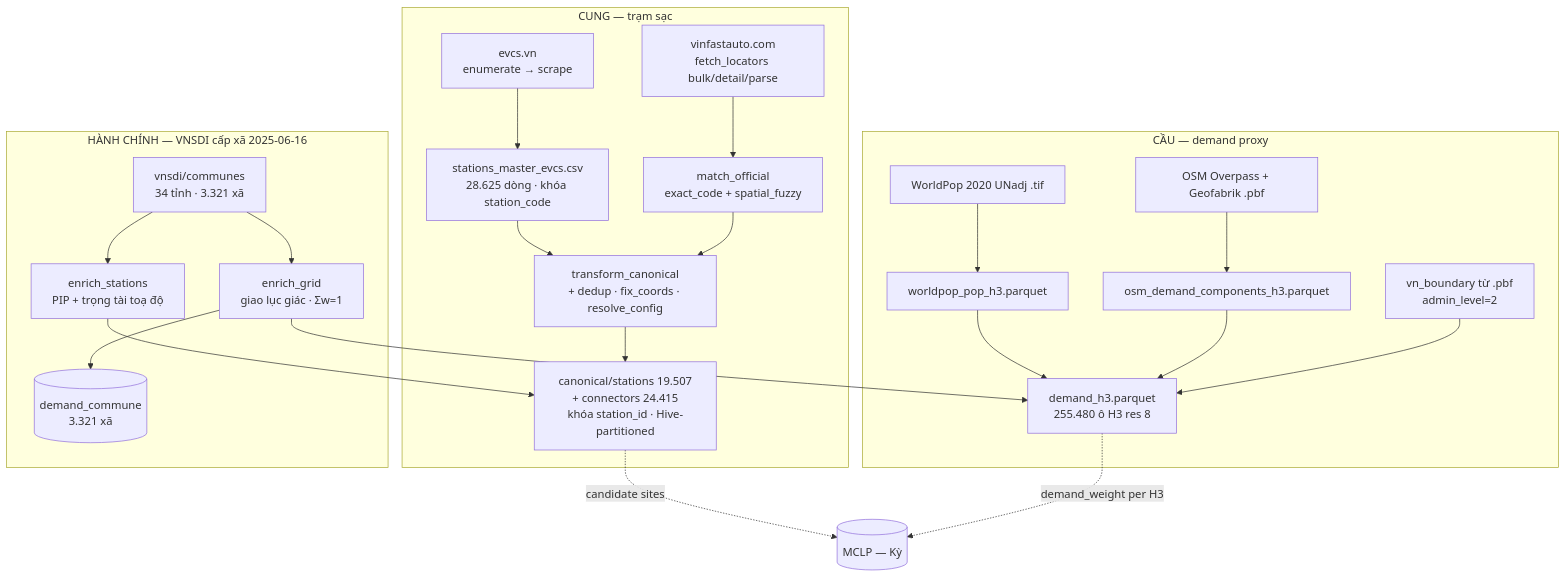
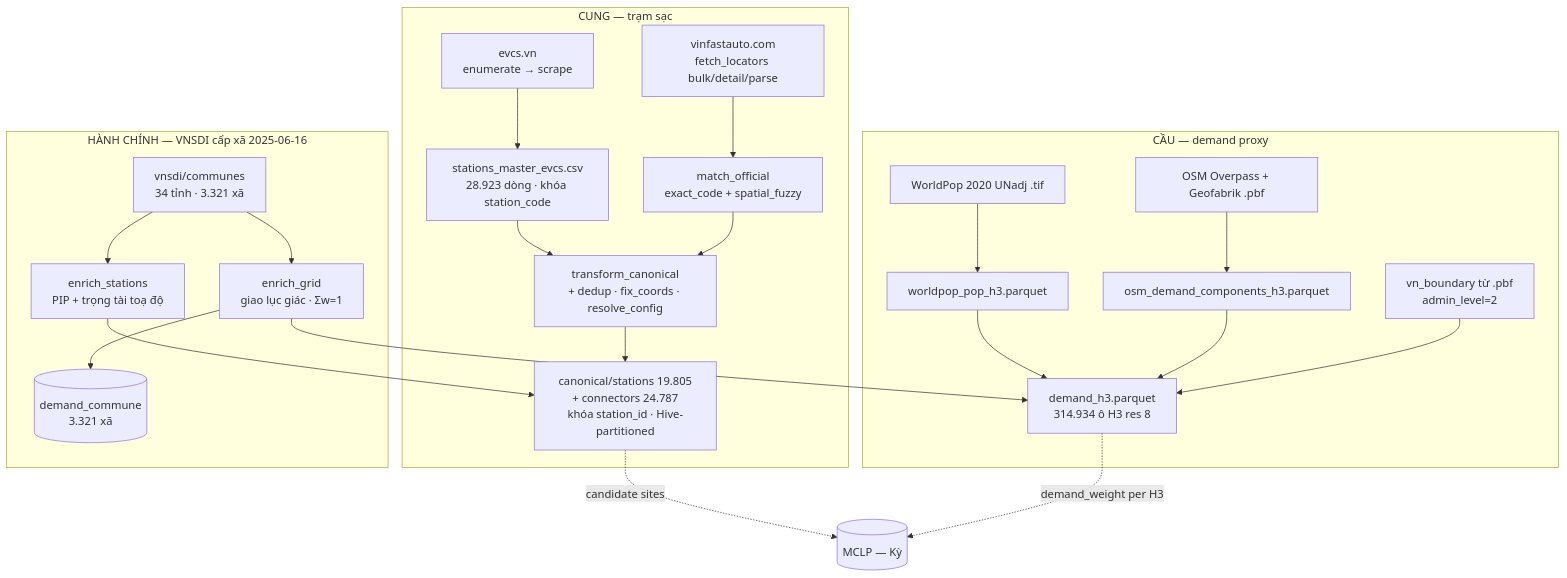
One commit to giangnt306/vgreen-charging-siting changed the diagram in docs/data-layer/overview.md. Above: the diagram before and after it, drawn with Mermaid. The commit also changed other lines of this file and 4 other files, not shown here.

````diff
--- a/docs/data-layer/overview.md
+++ b/docs/data-layer/overview.md
@@ -33,26 +33,26 @@
 ```mermaid
 flowchart TD
     subgraph SUPPLY["CUNG — trạm sạc"]
-        E1[evcs.vn<br/>enumerate → scrape] --> E2[stations_master_evcs.csv<br/>28.625 dòng · khóa station_code]
+        E1[evcs.vn<br/>enumerate → scrape] --> E2[stations_master_evcs.csv<br/>28.923 dòng · khóa station_code]
         E2 --> E3[transform_canonical<br/>+ dedup · fix_coords · resolve_config]
         VF[vinfastauto.com<br/>fetch_locators bulk/detail/parse] --> XR[match_official<br/>exact_code + spatial_fuzzy]
         XR --> E3
-        E3 --> CAN[canonical/stations 19.507<br/>+ connectors 24.415<br/>khóa station_id · Hive-partitioned]
+        E3 --> CAN[canonical/stations 19.805<br/>+ connectors 24.787<br/>khóa station_id · Hive-partitioned]
     end
     subgraph DEMAND["CẦU — demand proxy"]
         WP[WorldPop 2020 UNadj .tif] --> WPH[worldpop_pop_h3.parquet]
         OSM[OSM Overpass + Geofabrik .pbf] --> OSMH[osm_demand_components_h3.parquet]
-        WPH --> DH[demand_h3.parquet<br/>255.480 ô H3 res 8]
+        WPH --> DH[demand_h3.parquet<br/>314.934 ô H3 res 8]
         OSMH --> DH
         VN[vn_boundary từ .pbf<br/>admin_level=2] --> DH
     end
     subgraph ADMIN["HÀNH CHÍNH — VNSDI cấp xã 2025-06-16"]
         VNSDI[vnsdi/communes<br/>34 tỉnh · 3.321 xã] --> AS[enrich_stations<br/>PIP + trọng tài toạ độ]
         VNSDI --> AG[enrich_grid<br/>giao lục giác · Σw=1]
         AS --> CAN
         AG --> DH
         AG --> DC[(demand_commune<br/>3.321 xã)]
     end
     CAN -.->|candidate sites| MCLP[(MCLP — Kỳ)]
     DH -.->|demand_weight per H3| MCLP
 ```
````
